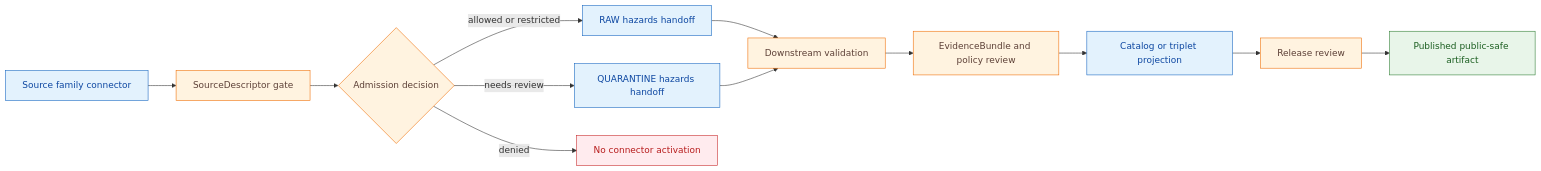
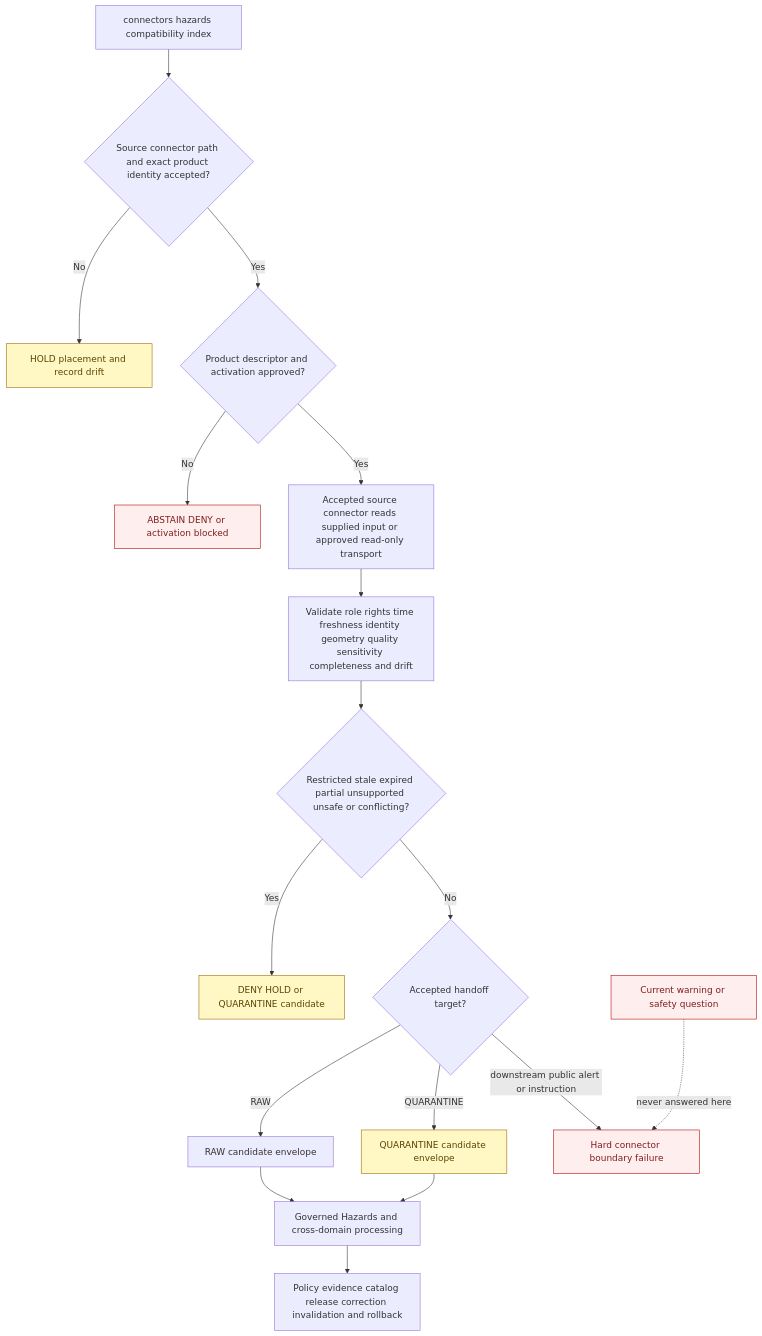
One commit to bartytime4life/Kansas-Frontier-Matrix changed the second of 2 diagrams in connectors/hazards/README.md. Above: the diagram before and after it, drawn with Mermaid. The commit also changed other lines of this file, not shown here.

Commit message:
docs: harden hazards connector compatibility index

````diff
--- a/connectors/hazards/README.md
+++ b/connectors/hazards/README.md
@@ -171,24 +1016,26 @@
 ```mermaid
-flowchart LR
-  A[Source family connector] --> B[SourceDescriptor gate]
-  B --> C{Admission decision}
-  C -->|allowed or restricted| D[RAW hazards handoff]
-  C -->|needs review| Q[QUARANTINE hazards handoff]
-  C -->|denied| X[No connector activation]
-  D --> E[Downstream validation]
-  Q --> E
-  E --> F[EvidenceBundle and policy review]
-  F --> G[Catalog or triplet projection]
-  G --> H[Release review]
-  H --> P[Published public-safe artifact]
+flowchart TD
+    C[connectors hazards compatibility index] --> P{Source connector path and exact product identity accepted?}
+    P -- No --> H[HOLD placement and record drift]
+    P -- Yes --> D{Product descriptor and activation approved?}
+    D -- No --> X[ABSTAIN DENY or activation blocked]
+    D -- Yes --> I[Accepted source connector reads supplied input or approved read-only transport]
+    I --> V[Validate role rights time freshness identity geometry quality sensitivity completeness and drift]
+    V --> S{Restricted stale expired partial unsupported unsafe or conflicting?}
+    S -- Yes --> Q[DENY HOLD or QUARANTINE candidate]
+    S -- No --> O{Accepted handoff target?}
+    O -- RAW --> R[RAW candidate envelope]
+    O -- QUARANTINE --> Q2[QUARANTINE candidate envelope]
+    O -- downstream public alert or instruction --> F[Hard connector boundary failure]
+    R --> G[Governed Hazards and cross-domain processing]
+    Q2 --> G
+    G --> E[Policy evidence catalog release correction invalidation and rollback]
 
-  classDef gate fill:#fff3e0,stroke:#ef6c00,color:#5d4037;
-  classDef stop fill:#ffebee,stroke:#c62828,color:#b71c1c;
-  classDef work fill:#e3f2fd,stroke:#1565c0,color:#0d47a1;
-  classDef pub fill:#e8f5e9,stroke:#2e7d32,color:#1b5e20;
+    A[Current warning or safety question]:::deny
+    A -. never answered here .-> F
 
-  class B,C,E,F,H gate;
-  class X stop;
-  class A,D,Q,G work;
-  class P pub;
+    classDef deny fill:#fee,stroke:#b30000,color:#7f1d1d;
+    classDef hold fill:#fff8c5,stroke:#9a6700,color:#5c4400;
+    class X,F,A deny;
+    class H,Q,Q2 hold;
 ```
````
